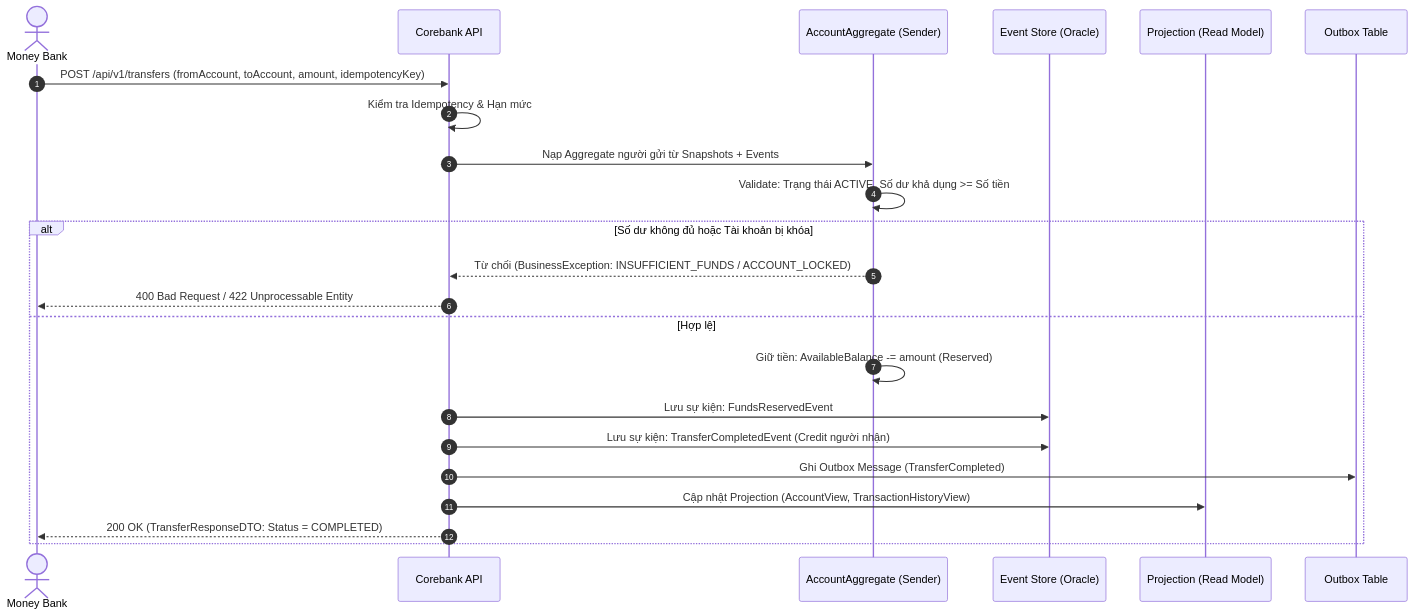
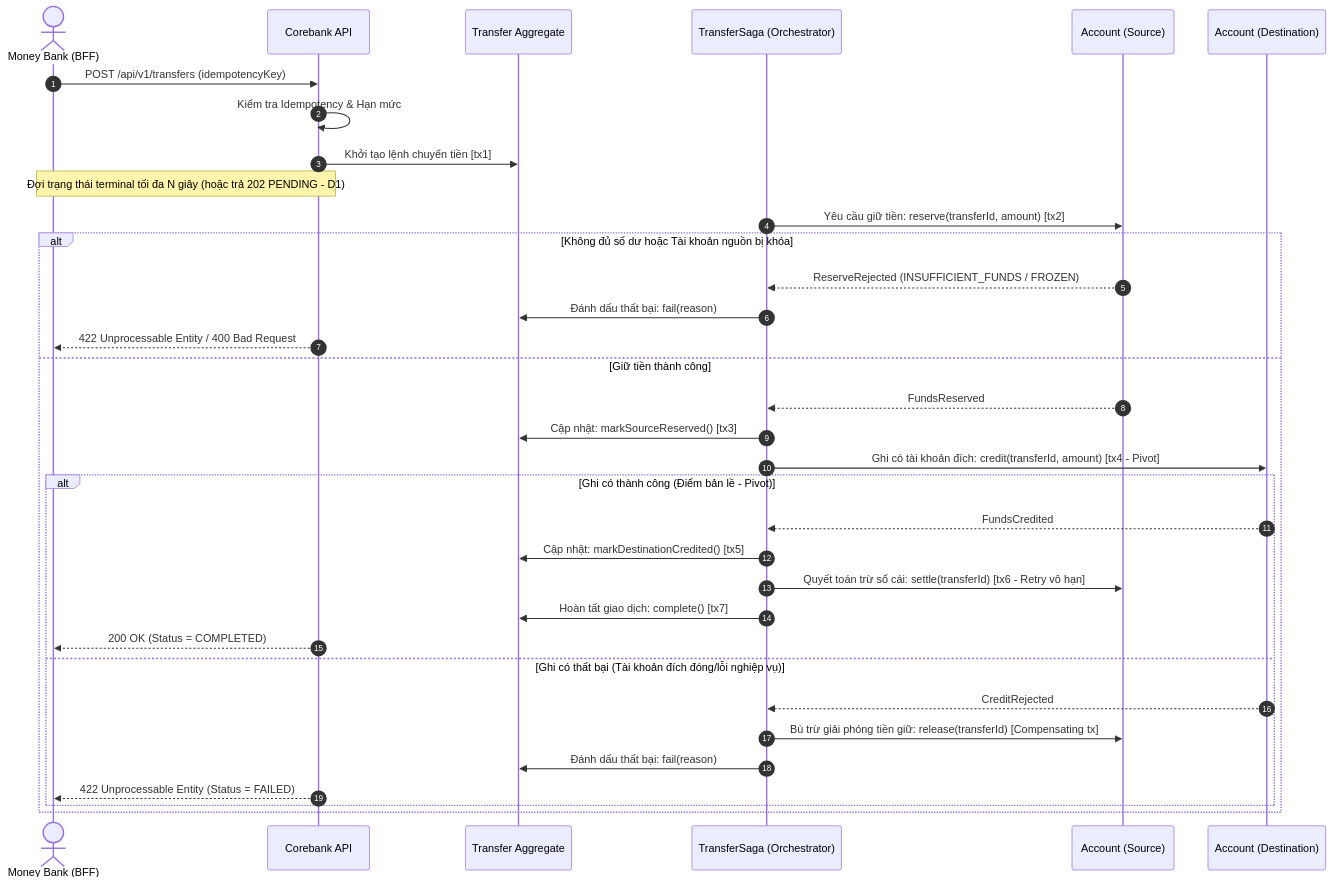
The diagram in corebank/docs/brd.md (Kieuhieu1408/simulation-bank-platform), drawn with Mermaid before and after one commit. The commit also changed other lines of this file and 3 other files, not shown here.

````diff
--- a/corebank/docs/brd.md
+++ b/corebank/docs/brd.md
@@ -74,26 +75,37 @@
 ```mermaid
 sequenceDiagram
     autonumber
-    actor Client as Money Bank
-    participant CB as Corebank API
-    participant Agg as AccountAggregate (Sender)
-    participant ES as Event Store (Oracle)
-    participant Proj as Projection (Read Model)
-    participant Outbox as Outbox Table
+    actor Client as Money Bank (BFF)
+    participant API as Corebank API
+    participant T as Transfer Aggregate
+    participant Saga as TransferSaga (Orchestrator)
+    participant Src as Account (Source)
+    participant Dest as Account (Destination)
 
-    Client->>CB: POST /api/v1/transfers (fromAccount, toAccount, amount, idempotencyKey)
-    CB->>CB: Kiểm tra Idempotency & Hạn mức
-    CB->>Agg: Nạp Aggregate người gửi từ Snapshots + Events
-    Agg->>Agg: Validate: Trạng thái ACTIVE, Số dư khả dụng >= Số tiền
-    alt Số dư không đủ hoặc Tài khoản bị khóa
-        Agg-->>CB: Từ chối (BusinessException: INSUFFICIENT_FUNDS / ACCOUNT_LOCKED)
-        CB-->>Client: 400 Bad Request / 422 Unprocessable Entity
-    else Hợp lệ
-        Agg->>Agg: Giữ tiền: AvailableBalance -= amount (Reserved)
-        CB->>ES: Lưu sự kiện: FundsReservedEvent
-        CB->>ES: Lưu sự kiện: TransferCompletedEvent (Credit người nhận)
-        CB->>Outbox: Ghi Outbox Message (TransferCompleted)
-        CB->>Proj: Cập nhật Projection (AccountView, TransactionHistoryView)
-        CB-->>Client: 200 OK (TransferResponseDTO: Status = COMPLETED)
+    Client->>API: POST /api/v1/transfers (idempotencyKey)
+    API->>API: Kiểm tra Idempotency & Hạn mức
+    API->>T: Khởi tạo lệnh chuyển tiền [tx1]
+    Note over API,Client: Đợi trạng thái terminal tối đa N giây (hoặc trả 202 PENDING - D1)
+    Saga->>Src: Yêu cầu giữ tiền: reserve(transferId, amount) [tx2]
+    alt Không đủ số dư hoặc Tài khoản nguồn bị khóa
+        Src-->>Saga: ReserveRejected (INSUFFICIENT_FUNDS / FROZEN)
+        Saga->>T: Đánh dấu thất bại: fail(reason)
+        API-->>Client: 422 Unprocessable Entity / 400 Bad Request
+    else Giữ tiền thành công
+        Src-->>Saga: FundsReserved
+        Saga->>T: Cập nhật: markSourceReserved() [tx3]
+        Saga->>Dest: Ghi có tài khoản đích: credit(transferId, amount) [tx4 - Pivot]
+        alt Ghi có thành công (Điểm bản lề - Pivot)
+            Dest-->>Saga: FundsCredited
+            Saga->>T: Cập nhật: markDestinationCredited() [tx5]
+            Saga->>Src: Quyết toán trừ sổ cái: settle(transferId) [tx6 - Retry vô hạn]
+            Saga->>T: Hoàn tất giao dịch: complete() [tx7]
+            API-->>Client: 200 OK (Status = COMPLETED)
+        else Ghi có thất bại (Tài khoản đích đóng/lỗi nghiệp vụ)
+            Dest-->>Saga: CreditRejected
+            Saga->>Src: Bù trừ giải phóng tiền giữ: release(transferId) [Compensating tx]
+            Saga->>T: Đánh dấu thất bại: fail(reason)
+            API-->>Client: 422 Unprocessable Entity (Status = FAILED)
+        end
     end
 ```
````
